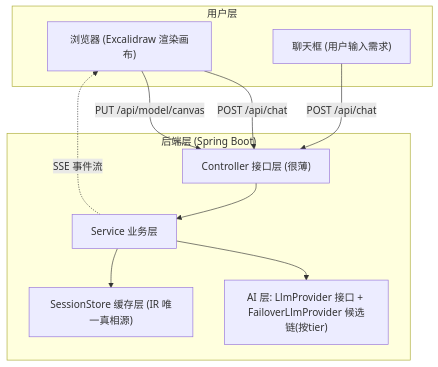
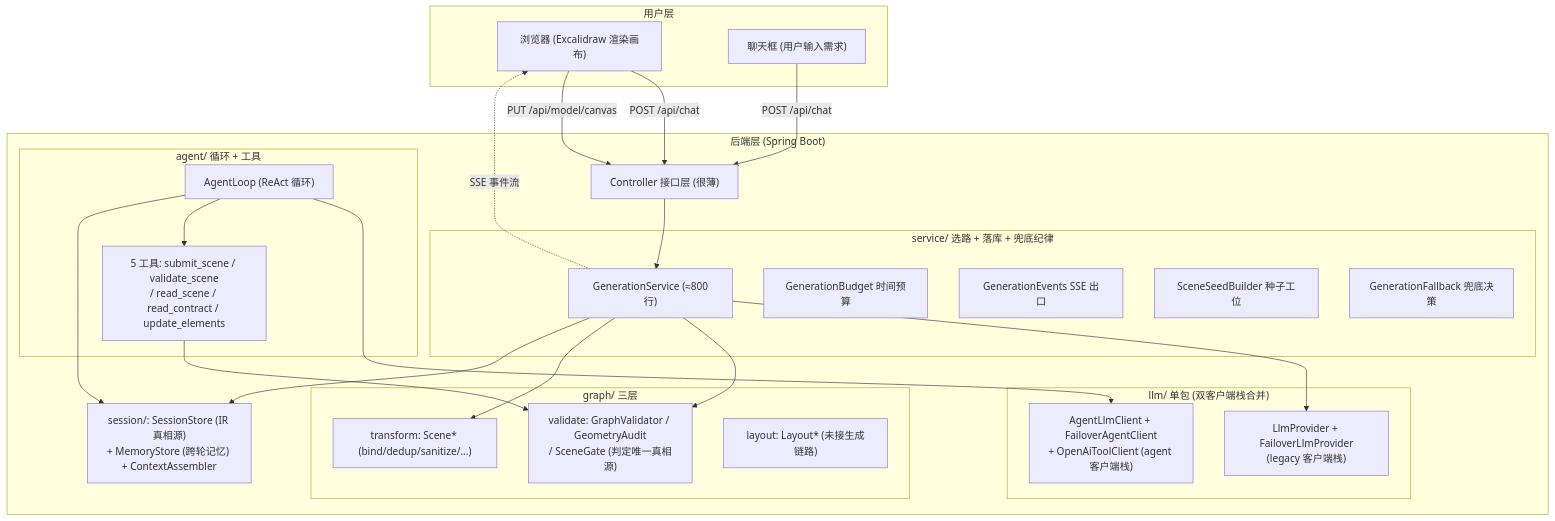
One commit to Nihao7-L/flowchart-ai changed the first of 13 diagrams in workbuddyFlow/docs/FlowAI架构与交互机制.md. Above: the diagram before and after it, drawn with Mermaid. The commit also changed other lines of this file, not shown here.

````diff
--- a/workbuddyFlow/docs/FlowAI架构与交互机制.md
+++ b/workbuddyFlow/docs/FlowAI架构与交互机制.md
@@ -9,20 +9,44 @@
 ```mermaid
 flowchart TB
   subgraph UL["用户层"]
     B["浏览器 (Excalidraw 渲染画布)"]
     C["聊天框 (用户输入需求)"]
   end
   subgraph BL["后端层 (Spring Boot)"]
     CT["Controller 接口层 (很薄)"]
-    SV["Service 业务层"]
-    AI["AI 层: LlmProvider 接口 + FailoverLlmProvider 候选链(按tier)"]
-    SS["SessionStore 缓存层 (IR 唯一真相源)"]
-    CT --> SV
-    SV --> AI
-    SV --> SS
+    subgraph SV["service/ 选路 + 落库 + 兜底纪律"]
+      GS["GenerationService (≈800行)"]
+      GB["GenerationBudget 时间预算"]
+      GE["GenerationEvents SSE 出口"]
+      SB["SceneSeedBuilder 种子工位"]
+      GF["GenerationFallback 兜底决策"]
+    end
+    subgraph AI["llm/ 单包 (双客户端栈合并)"]
+      LP["LlmProvider + FailoverLlmProvider<br/>(legacy 客户端栈)"]
+      AC["AgentLlmClient + FailoverAgentClient<br/>+ OpenAiToolClient (agent 客户端栈)"]
+    end
+    subgraph AG["agent/ 循环 + 工具"]
+      AL["AgentLoop (ReAct 循环)"]
+      T5["5 工具: submit_scene / validate_scene<br/>/ read_scene / read_contract / update_elements"]
+    end
+    subgraph GR["graph/ 三层"]
+      VA["validate: GraphValidator / GeometryAudit<br/>/ SceneGate (判定唯一真相源)"]
+      TR["transform: Scene* (bind/dedup/sanitize/...)"]
+      LA["layout: Layout* (未接生成链路)"]
+    end
+    SS["session/: SessionStore (IR 真相源)<br/>+ MemoryStore (跨轮记忆) + ContextAssembler"]
+    CT --> GS
+    GS --> LP
+    AL --> AC
+    AL --> T5
+    T5 --> VA
+    GS --> VA
+    GS --> TR
+    GS --> SS
+    AL --> SS
   end
   B -->|"POST /api/chat"| CT
   C -->|"POST /api/chat"| CT
   B -->|"PUT /api/model/canvas"| CT
-  SV -.->|"SSE 事件流"| B
+  GS -.->|"SSE 事件流"| B
 ```
````
